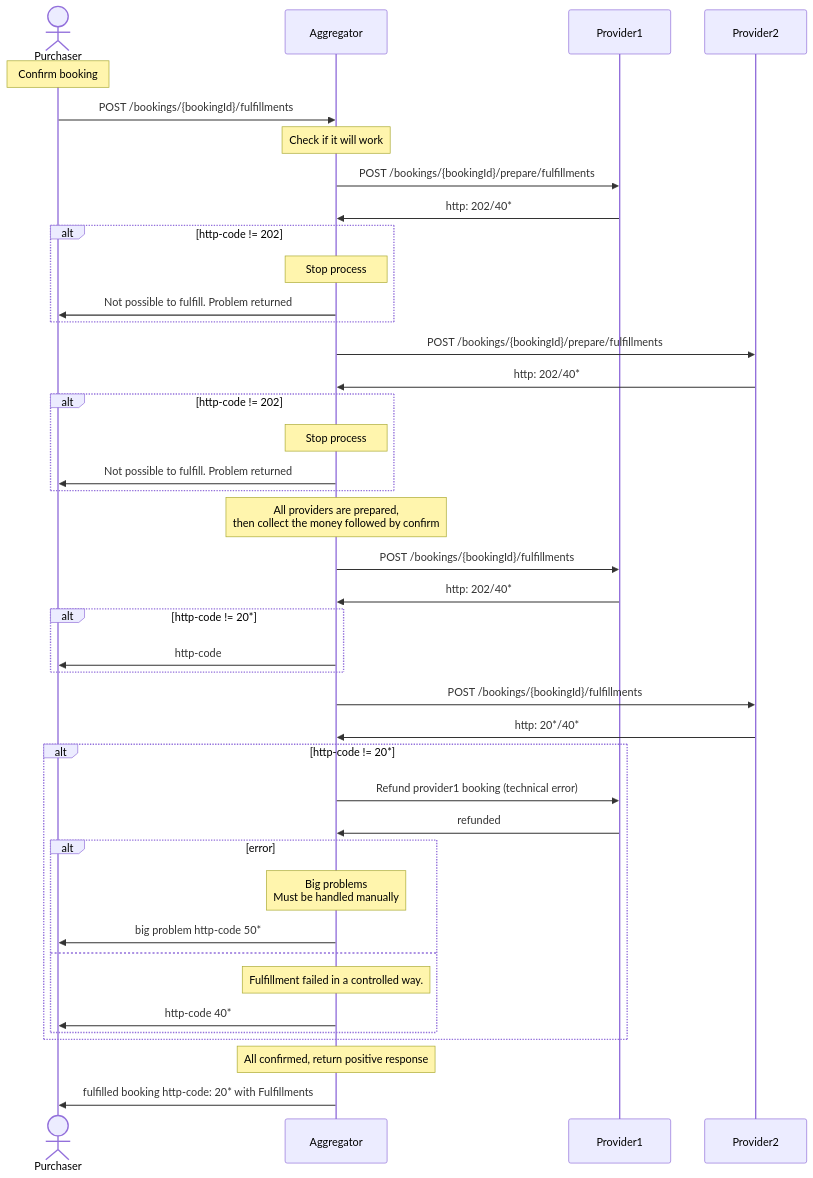
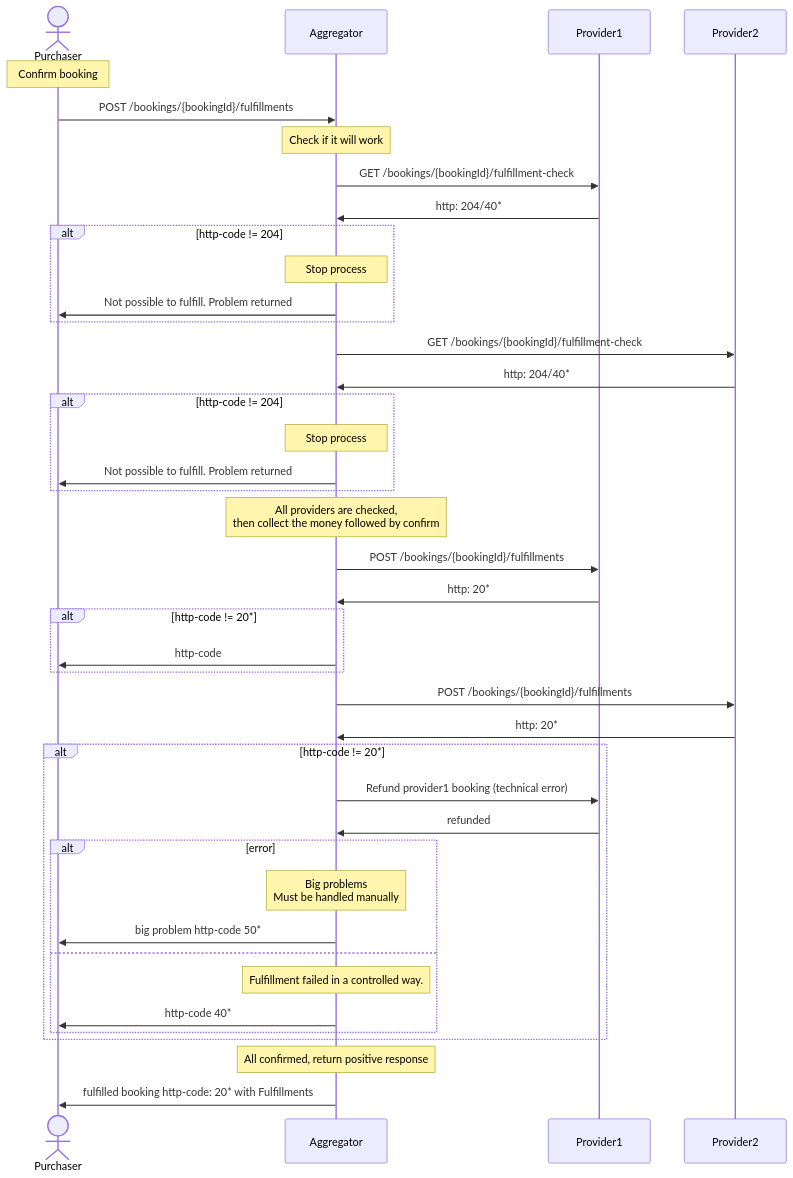
Before and after one commit to UnionInternationalCheminsdeFer/OSDM: the diagram in spec/2PhaseCommit.md, drawn with Mermaid. The commit also changed other lines of this file, not shown here.

Commit message:
Update 2PhaseCommit.md
Updated after review

````diff
--- a/spec/2PhaseCommit.md
+++ b/spec/2PhaseCommit.md
@@ -58,50 +58,50 @@
 ```mermaid
 sequenceDiagram
     actor Purchaser
     participant Aggregator
     participant Provider1
     participant Provider2
     
 
 
 
     note over Purchaser: Confirm booking
 
     Purchaser ->> Aggregator: POST /bookings/{bookingId}/fulfillments
     note over Aggregator: Check if it will work
-    Aggregator ->> Provider1 : POST /bookings/{bookingId}/prepare/fulfillments
-    Provider1 ->> Aggregator: http: 202/40*
-    alt http-code != 202
+    Aggregator ->> Provider1 : GET /bookings/{bookingId}/fulfillment-check
+    Provider1 ->> Aggregator: http: 204/40*
+    alt http-code != 204
         note over Aggregator: Stop process
         Aggregator ->> Purchaser: Not possible to fulfill. Problem returned
     end
-    Aggregator ->> Provider2 : POST /bookings/{bookingId}/prepare/fulfillments
-    Provider2 ->> Aggregator: http: 202/40*
-    alt http-code != 202
+    Aggregator ->> Provider2 : GET /bookings/{bookingId}/fulfillment-check
+    Provider2 ->> Aggregator: http: 204/40*
+    alt http-code != 204
         note over Aggregator: Stop process    
         Aggregator ->> Purchaser: Not possible to fulfill. Problem returned
     end
-    note over Aggregator: All providers are prepared,<br> then collect the money followed by confirm
+    note over Aggregator: All providers are checked,<br> then collect the money followed by confirm
     Aggregator ->> Provider1 : POST /bookings/{bookingId}/fulfillments
-    Provider1 ->> Aggregator: http: 202/40*
+    Provider1 ->> Aggregator: http: 20*
     alt http-code !=  20*
          Aggregator ->> Purchaser:  http-code 
     end
     Aggregator ->> Provider2 : POST /bookings/{bookingId}/fulfillments
-    Provider2 ->> Aggregator: http: 20*/40*
+    Provider2 ->> Aggregator: http: 20*
     alt http-code !=  20*
         Aggregator ->> Provider1 : Refund provider1 booking (technical error)
         Provider1 ->> Aggregator :refunded
         alt error
         note over Aggregator: Big problems <br> Must be handled manually
         Aggregator->> Purchaser : big problem http-code 50*
         else
             note over Aggregator: Fulfillment failed in a controlled way.
             Aggregator ->> Purchaser:  http-code 40*
         end
     end
 
     note over Aggregator: All confirmed, return positive response
     Aggregator ->> Purchaser: fulfilled booking http-code: 20* with Fulfillments
 
 ```
````
